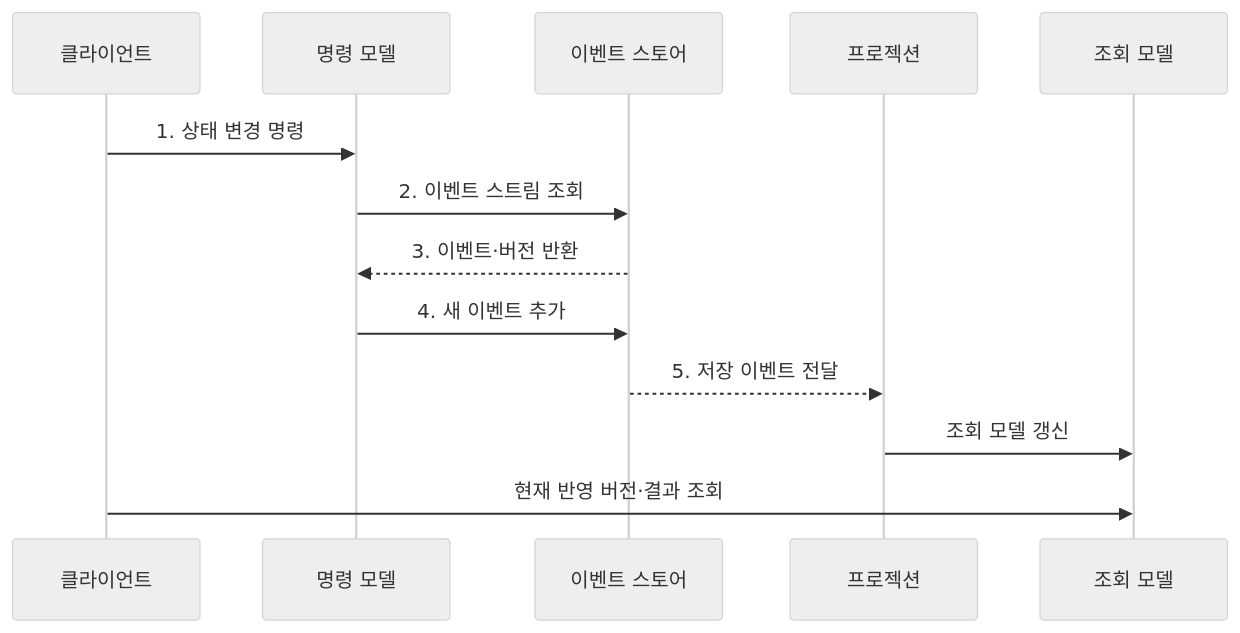
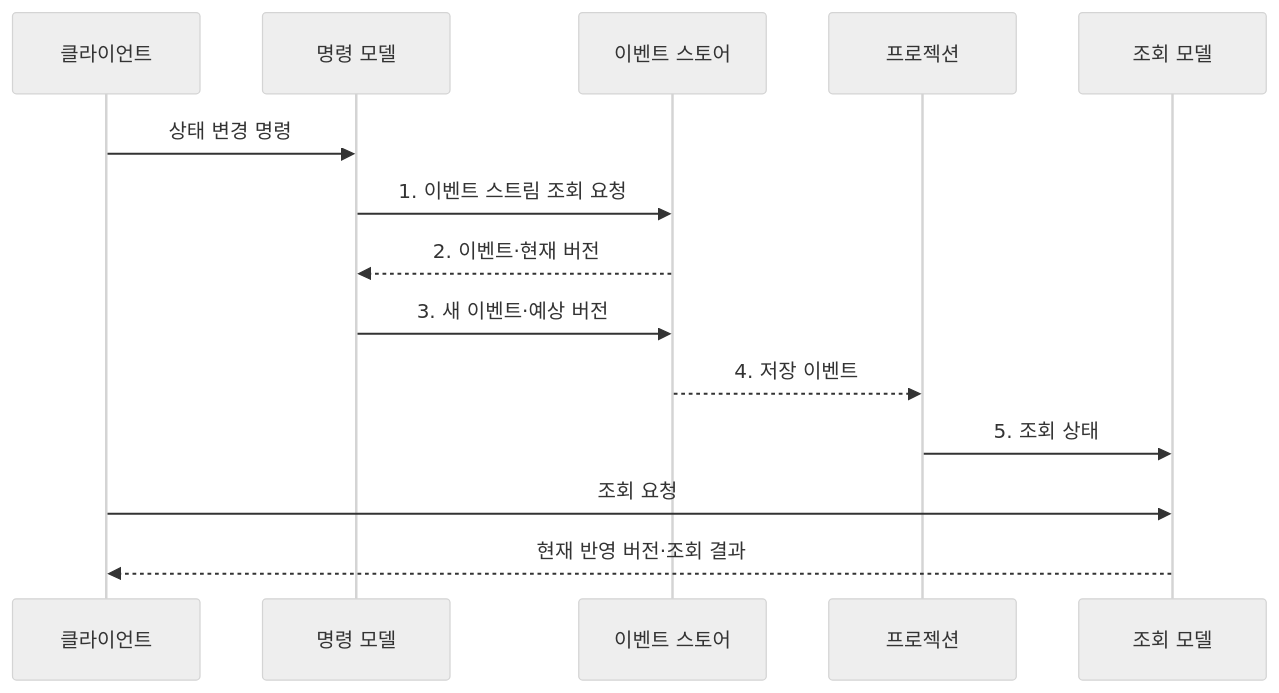
Before and after one commit to agnusdei1207/knowledge-base: the second of 2 diagrams in src/content/docs/notes/03-software/043_event_sourcing_cqrs.md, drawn with Mermaid (neutral theme). The commit also changed other lines of this file and 20 other files, not shown here.

````diff
--- a/src/content/docs/notes/03-software/043_event_sourcing_cqrs.md
+++ b/src/content/docs/notes/03-software/043_event_sourcing_cqrs.md
@@ -90,15 +89,16 @@
 ```mermaid
 sequenceDiagram
     participant C as 클라이언트
     participant M as 명령 모델
     participant E as 이벤트 스토어
     participant P as 프로젝션
     participant R as 조회 모델
-    C->>M: 1. 상태 변경 명령
-    M->>E: 2. 이벤트 스트림 조회
-    E-->>M: 3. 이벤트·버전 반환
-    M->>E: 4. 새 이벤트 추가
-    E-->>P: 5. 저장 이벤트 전달
-    P->>R: 조회 모델 갱신
-    C->>R: 현재 반영 버전·결과 조회
+    C->>M: 상태 변경 명령
+    M->>E: 1. 이벤트 스트림 조회 요청
+    E-->>M: 2. 이벤트·현재 버전
+    M->>E: 3. 새 이벤트·예상 버전
+    E-->>P: 4. 저장 이벤트
+    P->>R: 5. 조회 상태
+    C->>R: 조회 요청
+    R-->>C: 현재 반영 버전·조회 결과
 ```
````
